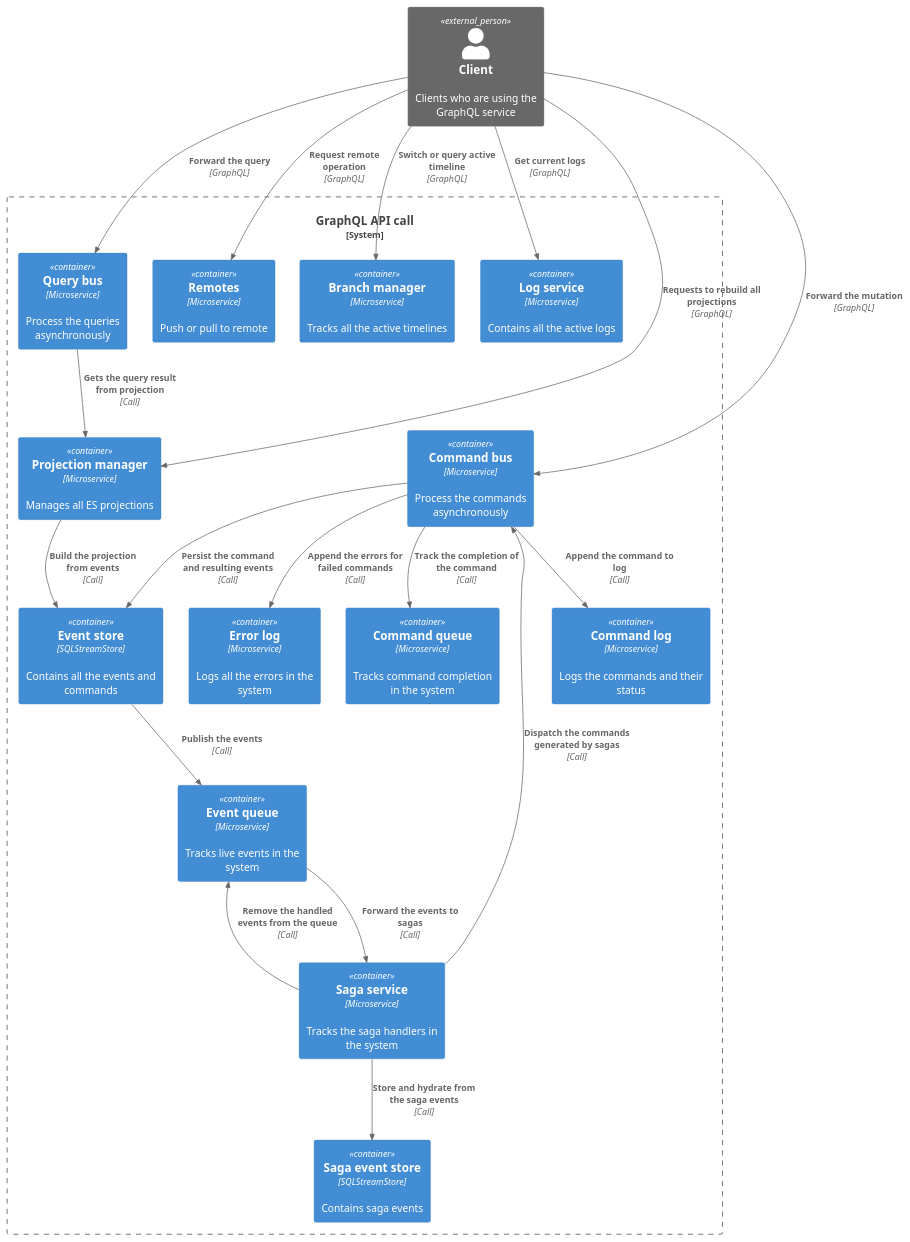
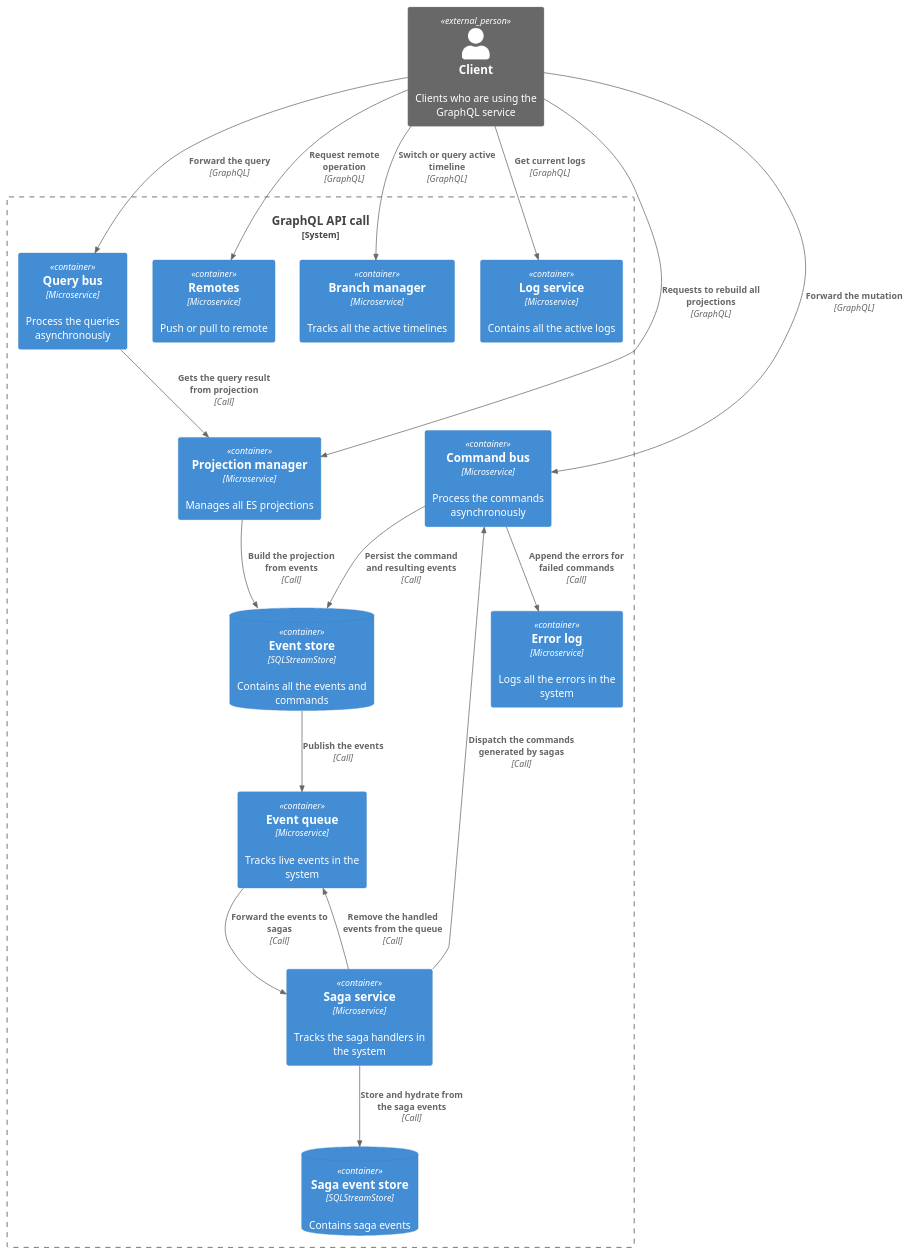
Before and after one commit to zedr0n/ZES: the diagram in C4/graphQL.puml, drawn with PlantUML. The commit also changed 3 other files, not shown here.

```diff
--- a/C4/graphQL.puml
+++ b/C4/graphQL.puml
@@ -1,46 +1,46 @@
 @startuml
 !include https://raw.githubusercontent.com/plantuml-stdlib/C4-PlantUML/master/C4_Container.puml
 
 'LAYOUT_AS_SKETCH()
 'LAYOUT_LEFT_RIGHT()
 
 Person_Ext(user, "Client", "Clients who are using the GraphQL service")
 
 System_Boundary(graphql_call, "GraphQL API call") {
     Container(commandBus, "Command bus", "Microservice","Process the commands asynchronously")
     Container(queryBus, "Query bus", "Microservice","Process the queries asynchronously")
     Container(remotes, "Remotes", "Microservice", "Push or pull to remote")
     Container(branchManager, "Branch manager", "Microservice", "Tracks all the active timelines")
     Container(log, "Log service", "Microservice", "Contains all the active logs")
     Container(projection, "Projection manager", "Microservice", "Manages all ES projections")
-    Container(commandLog, "Command log", "Microservice", "Logs the commands and their status")
+    'Container(commandLog, "Command log", "Microservice", "Logs the commands and their status")
     Container(errorLog, "Error log", "Microservice", "Logs all the errors in the system")
-    Container(eventStore, "Event store", "SQLStreamStore", "Contains all the events and commands")
-    Container(sagaEventStore, "Saga event store", "SQLStreamStore", "Contains saga events")
-    Container(commandMessageQueue, "Command queue", "Microservice", "Tracks command completion in the system")
+    ContainerDb(eventStore, "Event store", "SQLStreamStore", "Contains all the events and commands")
+    ContainerDb(sagaEventStore, "Saga event store", "SQLStreamStore", "Contains saga events")
+    'Container(commandMessageQueue, "Command queue", "Microservice", "Tracks command completion in the system")
     Container(eventMessageQueue, "Event queue", "Microservice", "Tracks live events in the system")
     Container(sagaService, "Saga service", "Microservice", "Tracks the saga handlers in the system")
 
     Rel(user, commandBus, "Forward the mutation", "GraphQL")
     Rel(user, queryBus, "Forward the query", "GraphQL")
     Rel(user, remotes, "Request remote operation", "GraphQL")
     Rel(user, branchManager, "Switch or query active timeline","GraphQL")
     Rel(user, log, "Get current logs", "GraphQL")
     Rel(user, projection, "Requests to rebuild all projections", "GraphQL")
     
     Rel(queryBus, projection, "Gets the query result from projection", "Call")
-    Rel(commandBus, commandLog, "Append the command to log", "Call")
+    'Rel(commandBus, commandLog, "Append the command to log", "Call")
     Rel(commandBus, errorLog, "Append the errors for failed commands", "Call")
     Rel(commandBus, eventStore, "Persist the command and resulting events", "Call")
     Rel(projection, eventStore, "Build the projection from events", "Call")
     
-    Rel(commandBus, commandMessageQueue, "Track the completion of the command", "Call")
+    'Rel(commandBus, commandMessageQueue, "Track the completion of the command", "Call")
     Rel(eventStore, eventMessageQueue, "Publish the events", "Call")
     Rel(eventMessageQueue, sagaService, "Forward the events to sagas", "Call")
     Rel(sagaService, commandBus, "Dispatch the commands generated by sagas", "Call")
     Rel(sagaService, eventMessageQueue, "Remove the handled events from the queue", "Call")
     Rel(sagaService, sagaEventStore, "Store and hydrate from the saga events", "Call")
 }
 
 
 @enduml
```
